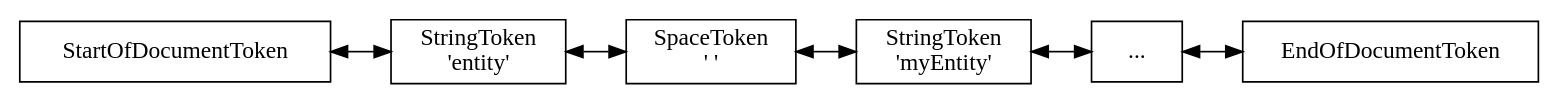
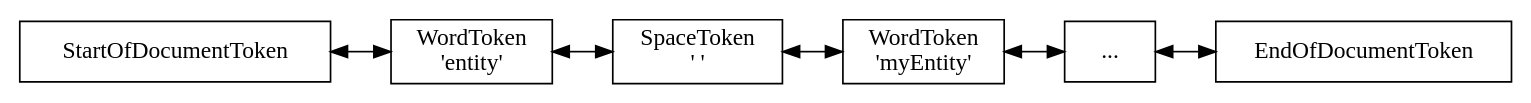
Before and after one commit to Paebbels/pyVHDLParser: the diagram in doc/TokenStream/index.rst, drawn with Graphviz. The commit also changed other lines of this file and 1 other file, not shown here.

```diff
--- a/doc/TokenStream/index.rst
+++ b/doc/TokenStream/index.rst
@@ -165,17 +167,17 @@
 .. graphviz::
    :caption: Source: TokenStream.vhdl
 
    digraph Tokenize {
      rankdir=LR;
 
      node [shape=box];
 
      n1 [label="StartOfDocumentToken\n"];
-     n2 [label="StringToken\n'entity'"];
+     n2 [label="WordToken\n'entity'"];
      n3 [label="SpaceToken\n' '"];
-     n4 [label="StringToken\n'myEntity'"];
+     n4 [label="WordToken\n'myEntity'"];
      n5 [label="..."];
      n6 [label="EndOfDocumentToken\n"];
 
      n1 -> n2 -> n3 -> n4 -> n5 -> n6 [dir=both];
    }
```
